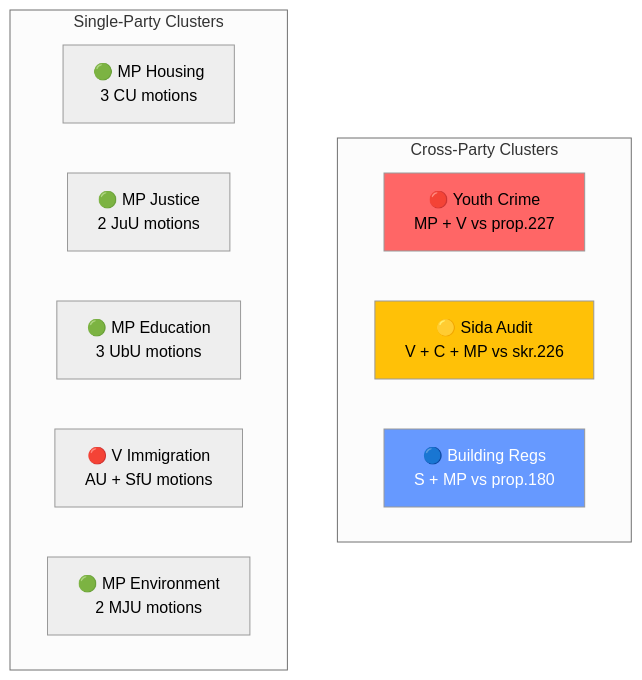
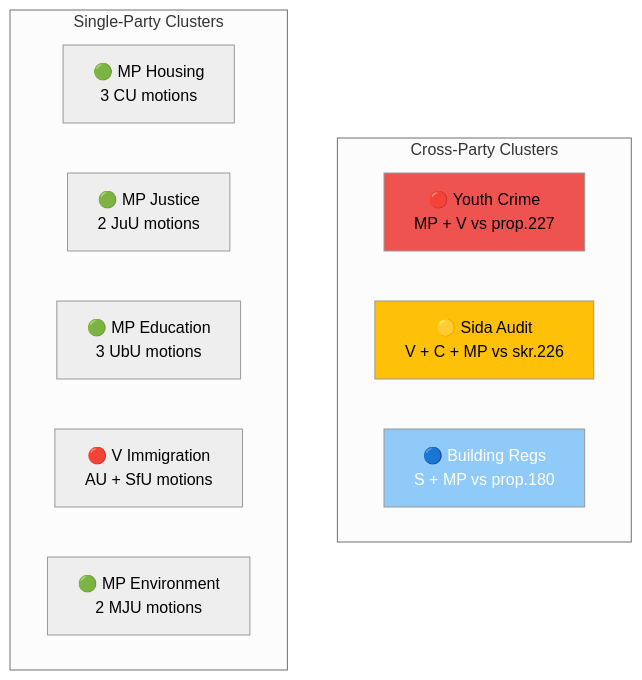
One commit to Hack23/riksdagsmonitor changed the diagram in analysis/daily/2026-04-15/motions/cross-reference-map.md. Above: the diagram before and after it, drawn with Mermaid (neutral theme). The commit also changed 121 other files, not shown here.

````diff
--- a/analysis/daily/2026-04-15/motions/cross-reference-map.md
+++ b/analysis/daily/2026-04-15/motions/cross-reference-map.md
@@ -55,18 +55,18 @@
 ```mermaid
 graph TD
     subgraph "Cross-Party Clusters"
         CL1["🔴 Youth Crime<br/>MP + V vs prop.227"]
         CL2["🟡 Sida Audit<br/>V + C + MP vs skr.226"]
         CL3["🔵 Building Regs<br/>S + MP vs prop.180"]
     end
     subgraph "Single-Party Clusters"
         CL4["🟢 MP Housing<br/>3 CU motions"]
         CL5["🟢 MP Justice<br/>2 JuU motions"]
         CL6["🟢 MP Education<br/>3 UbU motions"]
         CL7["🔴 V Immigration<br/>AU + SfU motions"]
         CL8["🟢 MP Environment<br/>2 MJU motions"]
     end
-    style CL1 fill:#ff6666,color:#000000
+    style CL1 fill:#EF5350,color:#000000
     style CL2 fill:#FFC107,color:#000000
-    style CL3 fill:#6699ff,color:#FFFFFF
+    style CL3 fill:#90CAF9,color:#FFFFFF
 ```
````
